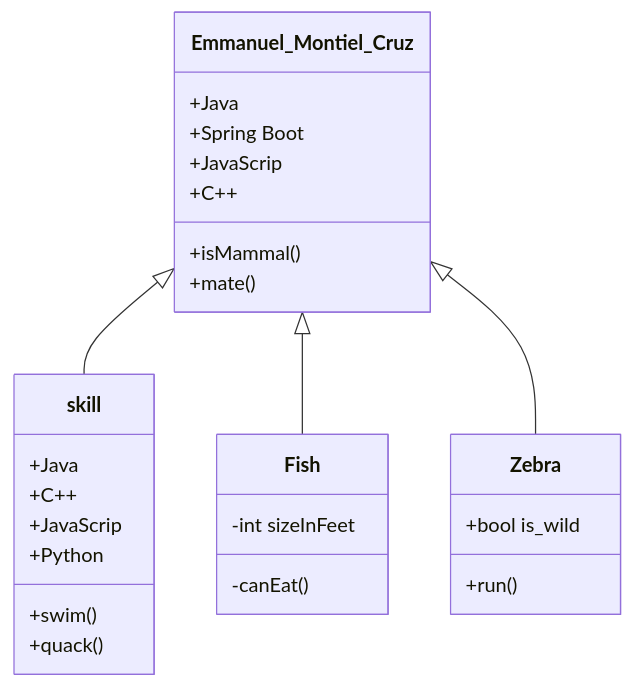
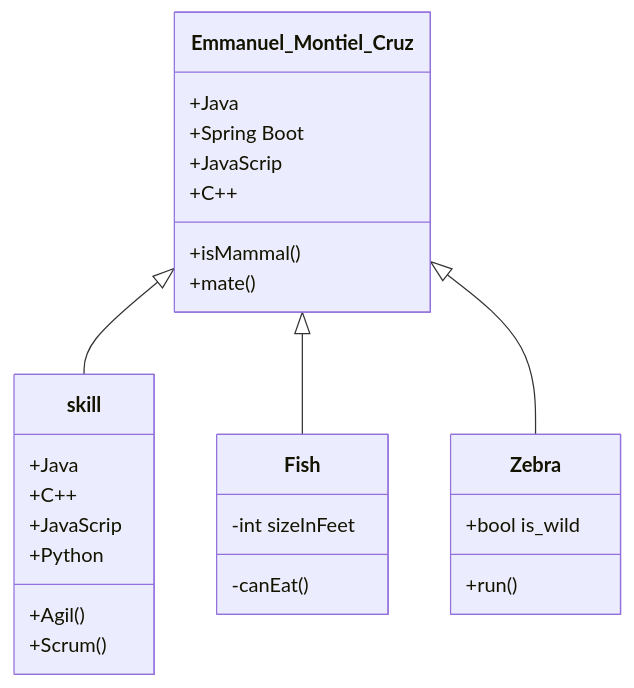
One commit to acmerev/acmerev changed the first of 2 diagrams in index.md. Above: the diagram before and after it, drawn with Mermaid. The commit also changed other lines of this file, not shown here.

````diff
--- a/index.md
+++ b/index.md
@@ -44,28 +44,28 @@
 ```mermaid
   classDiagram
     Emmanuel_Montiel_Cruz <|-- skill
     Emmanuel_Montiel_Cruz <|-- Fish
     Emmanuel_Montiel_Cruz <|-- Zebra
     Emmanuel_Montiel_Cruz : +Java
     Emmanuel_Montiel_Cruz : +Spring Boot
     Emmanuel_Montiel_Cruz : +JavaScrip
     Emmanuel_Montiel_Cruz : +C++
     Emmanuel_Montiel_Cruz: +isMammal()
     Emmanuel_Montiel_Cruz: +mate()
     class skill{
         +Java
         +C++
         +JavaScrip
         +Python
-        +swim()
-        +quack()
+        +Agil()
+        +Scrum()
     }
     class Fish{
         -int sizeInFeet
         -canEat()
     }
     class Zebra{
         +bool is_wild
         +run()
     }
 ```
````
